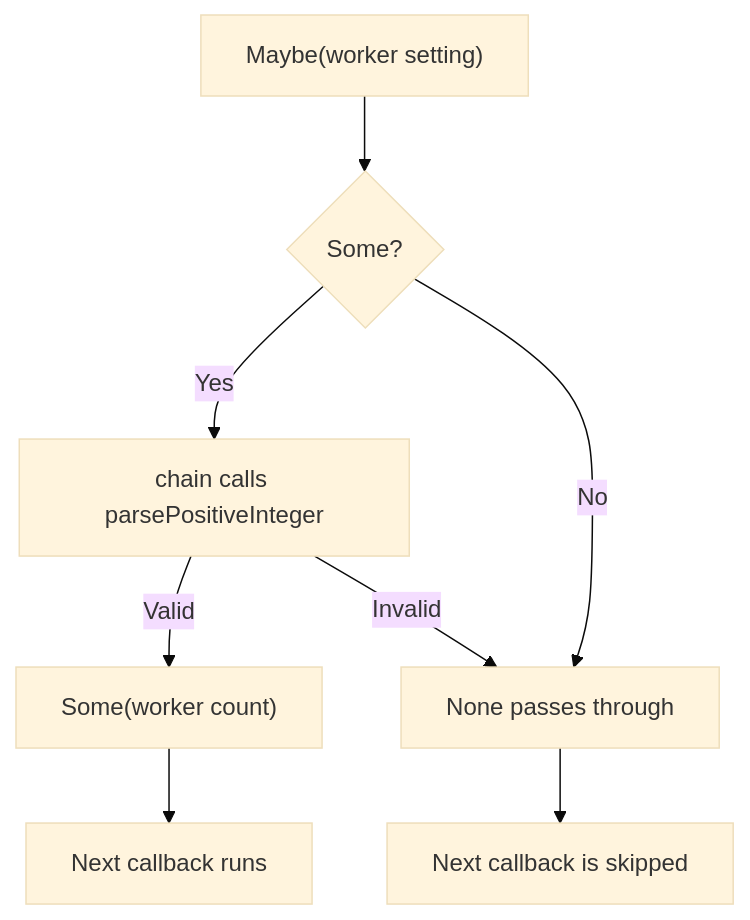
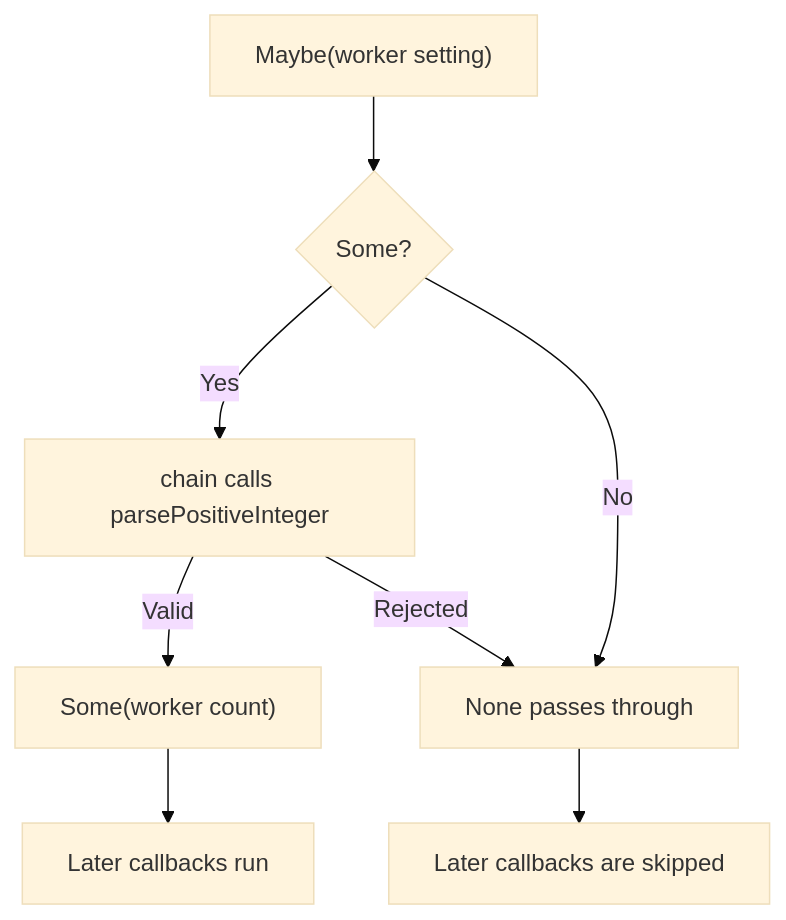
One commit to pplnd/core changed the diagram in docs/src/content/docs/guides/maybe.md. Above: the diagram before and after it, drawn with Mermaid (base theme). The commit also changed other lines of this file and 63 other files, not shown here.

````diff
--- a/docs/src/content/docs/guides/maybe.md
+++ b/docs/src/content/docs/guides/maybe.md
@@ -35,10 +43,10 @@
 ```mermaid
 flowchart TD
   Input["Maybe(worker setting)"] --> Present{"Some?"}
   Present -->|Yes| Parse["chain calls parsePositiveInteger"]
   Present -->|No| Missing["None passes through"]
   Parse -->|Valid| Some["Some(worker count)"]
-  Parse -->|Invalid| Missing
-  Some --> Next["Next callback runs"]
-  Missing --> Skip["Next callback is skipped"]
+  Parse -->|Rejected| Missing
+  Some --> Next["Later callbacks run"]
+  Missing --> Skip["Later callbacks are skipped"]
 ```
````
